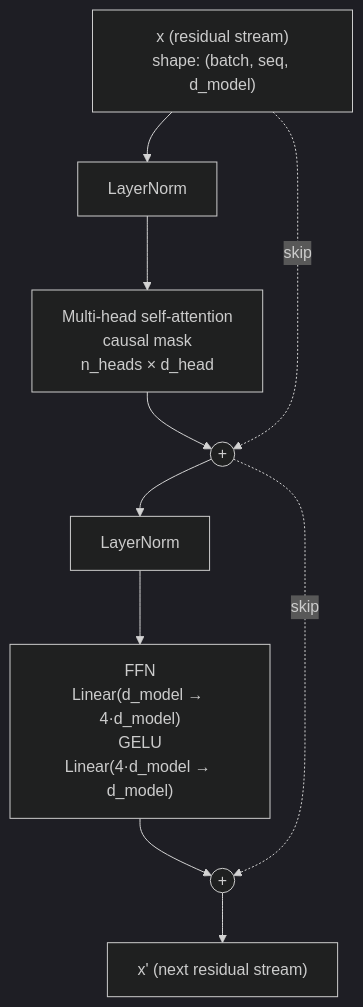
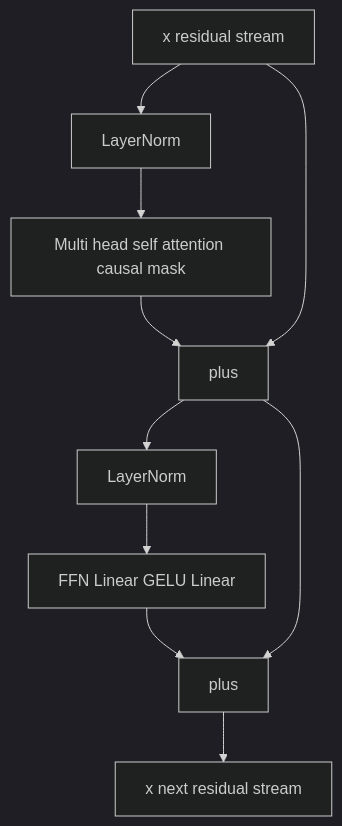
The first of 3 diagrams in docs/diagrams/transformer-block.md (tesserix/slm-support-platform), drawn with Mermaid (dark theme) before and after one commit. The commit also changed other lines of this file and 3 other files, not shown here.

First line of the commit message:
fix(docs): simplify mermaid diagrams to lowest-common-denominator syntax

````diff
--- a/docs/diagrams/transformer-block.md
+++ b/docs/diagrams/transformer-block.md
@@ -7,17 +7,21 @@
 ```mermaid
 graph TB
-    X["x (residual stream)<br/>shape: (batch, seq, d_model)"]
-    LN1["LayerNorm"]
-    ATT["Multi-head self-attention<br/>causal mask<br/>n_heads × d_head"]
-    ADD1(("+"))
-    LN2["LayerNorm"]
-    FFN["FFN<br/>Linear(d_model → 4·d_model)<br/>GELU<br/>Linear(4·d_model → d_model)"]
-    ADD2(("+"))
-    OUT["x' (next residual stream)"]
+    X[x residual stream]
+    LN1[LayerNorm]
+    ATT[Multi head self attention causal mask]
+    ADD1[plus]
+    LN2[LayerNorm]
+    FFN[FFN Linear GELU Linear]
+    ADD2[plus]
+    OUT[x next residual stream]
 
-    X --> LN1 --> ATT --> ADD1
-    X -.skip.-> ADD1
-    ADD1 --> LN2 --> FFN --> ADD2
-    ADD1 -.skip.-> ADD2
+    X --> LN1
+    LN1 --> ATT
+    ATT --> ADD1
+    X --> ADD1
+    ADD1 --> LN2
+    LN2 --> FFN
+    FFN --> ADD2
+    ADD1 --> ADD2
     ADD2 --> OUT
 ```
````
